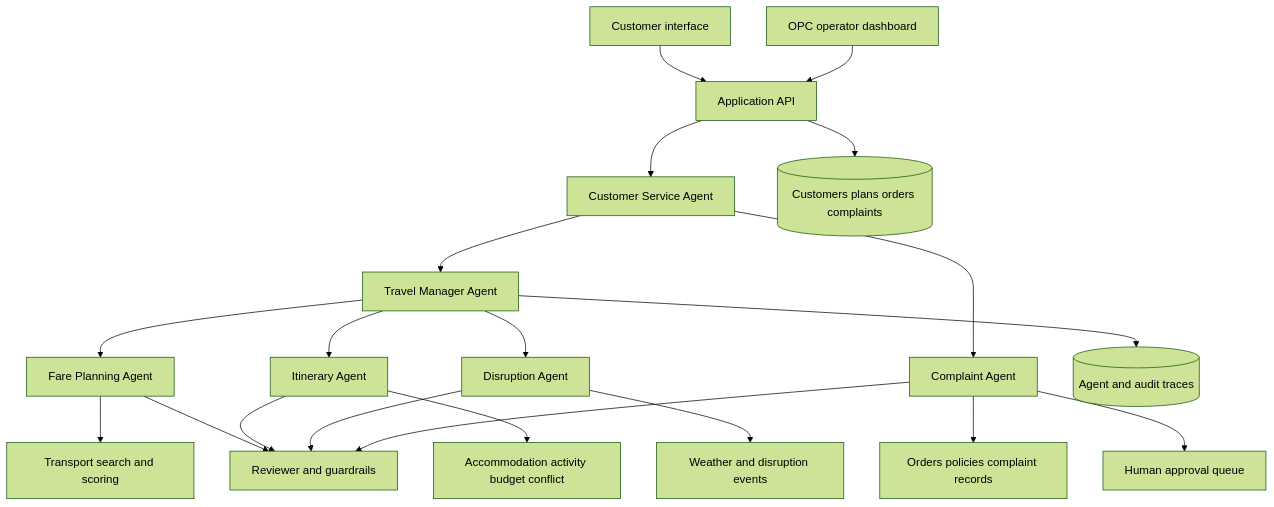
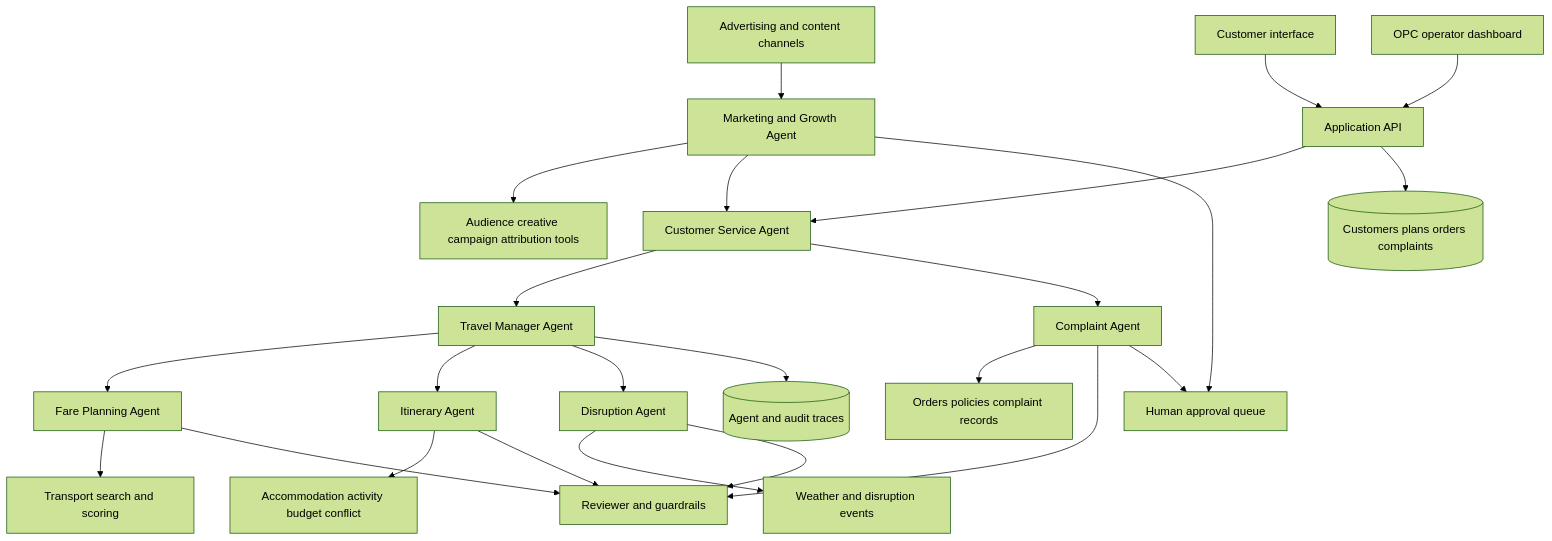
Before and after one commit to jiahengguo/Thu-11-13-Group6: the second of 4 diagrams in README.md, drawn with Mermaid (forest theme). The commit also changed other lines of this file and 1 other file, not shown here.

````diff
--- a/README.md
+++ b/README.md
@@ -113,22 +114,26 @@
 ```mermaid
 flowchart TB
+    Channels[Advertising and content channels] --> Growth[Marketing and Growth Agent]
+    Growth --> CampaignTools[Audience creative campaign attribution tools]
+    Growth --> Service
+    Growth --> Human
     Customer[Customer interface] --> API[Application API]
     Operator[OPC operator dashboard] --> API
     API --> Service[Customer Service Agent]
     Service --> Manager[Travel Manager Agent]
     Service --> Complaint[Complaint Agent]
     Manager --> Fare[Fare Planning Agent]
     Manager --> Itinerary[Itinerary Agent]
     Manager --> Disruption[Disruption Agent]
     Fare --> TransportTools[Transport search and scoring]
     Itinerary --> PlanTools[Accommodation activity budget conflict]
     Disruption --> EventTools[Weather and disruption events]
     Complaint --> SupportTools[Orders policies complaint records]
     Fare --> Review[Reviewer and guardrails]
     Itinerary --> Review
     Disruption --> Review
     Complaint --> Review
     API --> Data[(Customers plans orders complaints)]
     Manager --> Trace[(Agent and audit traces)]
     Complaint --> Human[Human approval queue]
 ```
````
